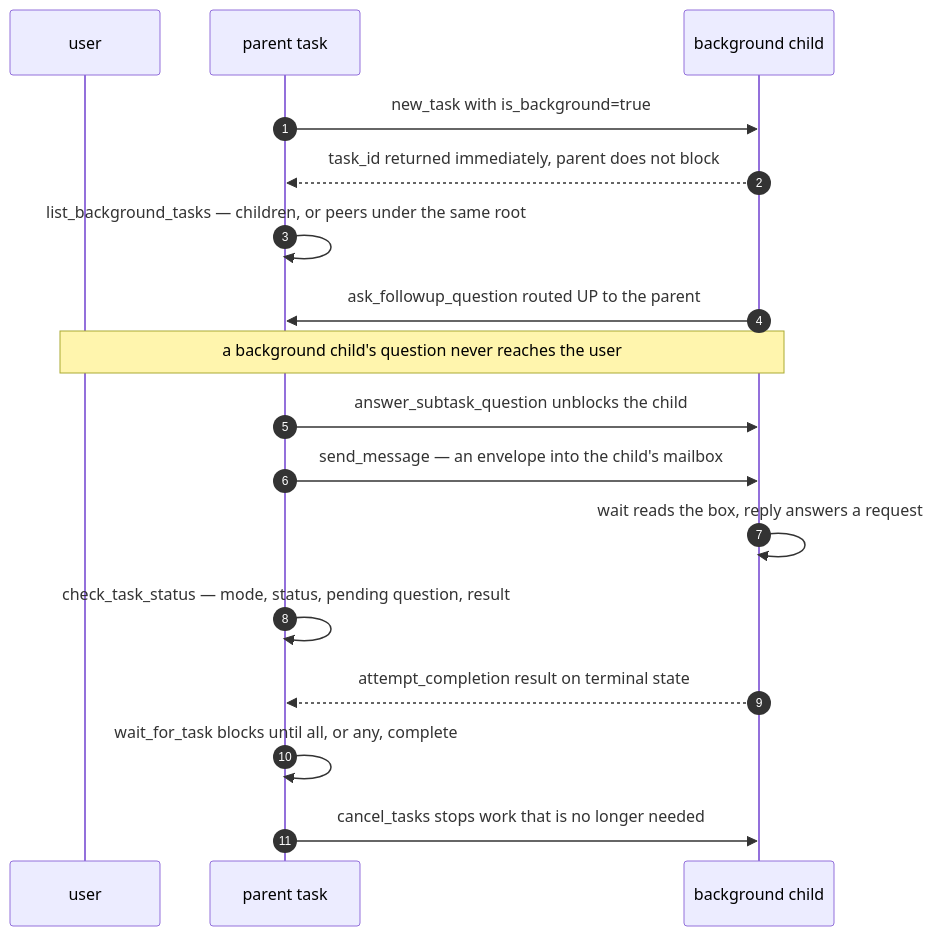
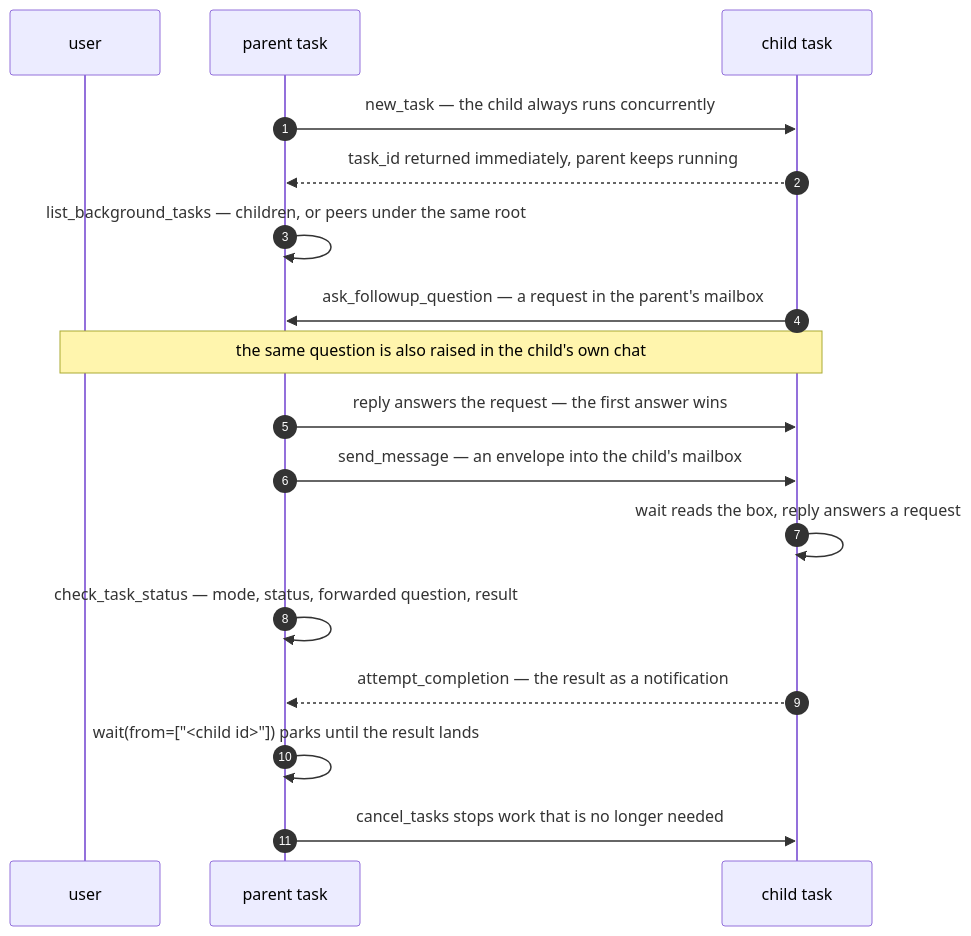
Before and after one commit to shofer-dev/shofer: the second of 3 diagrams in docs/native_tools.md, drawn with Mermaid. The commit also changed other lines of this file and 80 other files, not shown here.

First line of the commit message:
feat(core)!: new_task is concurrent-only; parent/child results and questions ride the mailbox; A2A over the mailbox transport

````diff
--- a/docs/native_tools.md
+++ b/docs/native_tools.md
@@ -461,20 +460,20 @@
 ```mermaid
 sequenceDiagram
     autonumber
     participant U as user
     participant P as parent task
-    participant C as background child
+    participant C as child task
 
-    P->>C: new_task with is_background=true
-    C-->>P: task_id returned immediately, parent does not block
+    P->>C: new_task — the child always runs concurrently
+    C-->>P: task_id returned immediately, parent keeps running
     P->>P: list_background_tasks — children, or peers under the same root
-    C->>P: ask_followup_question routed UP to the parent
-    Note over U,C: a background child's question never reaches the user
-    P->>C: answer_subtask_question unblocks the child
+    C->>P: ask_followup_question — a request in the parent's mailbox
+    Note over U,C: the same question is also raised in the child's own chat
+    P->>C: reply answers the request — the first answer wins
     P->>C: send_message — an envelope into the child's mailbox
     C->>C: wait reads the box, reply answers a request
-    P->>P: check_task_status — mode, status, pending question, result
-    C-->>P: attempt_completion result on terminal state
-    P->>P: wait_for_task blocks until all, or any, complete
+    P->>P: check_task_status — mode, status, forwarded question, result
+    C-->>P: attempt_completion — the result as a notification
+    P->>P: wait(from=["<child id>"]) parks until the result lands
     P->>C: cancel_tasks stops work that is no longer needed
 ```
````
